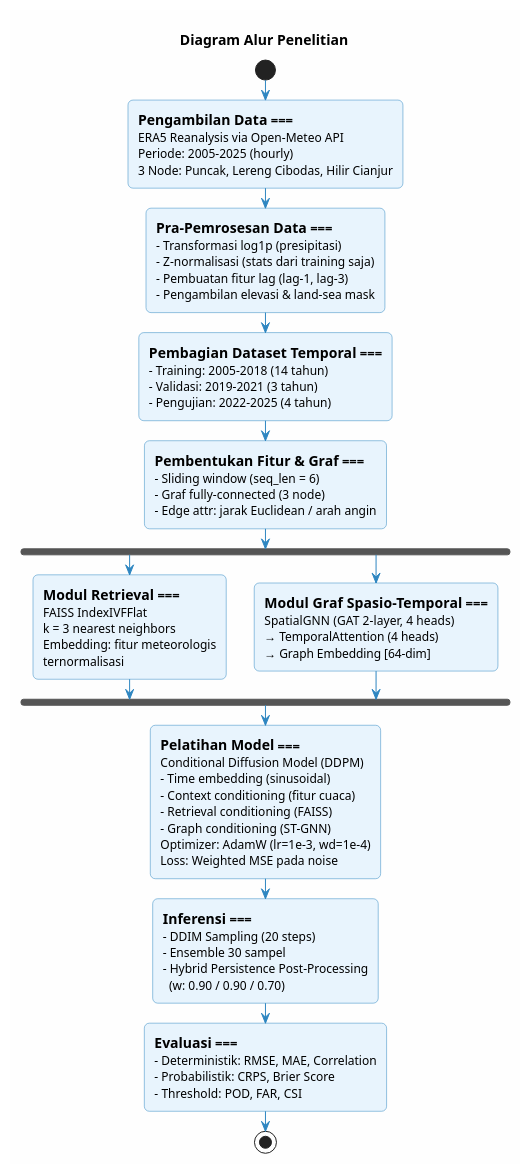
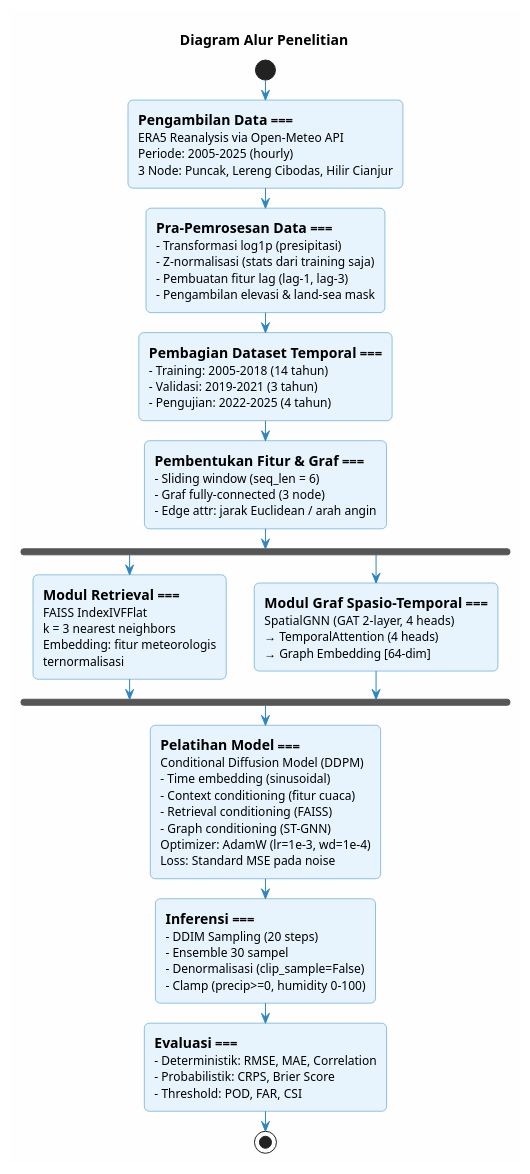
One commit to Vanszs/Skripsi_Badai changed the first of 8 diagrams in docs/diagrams_and_tables.md. Above: the diagram before and after it, drawn with PlantUML. The commit also changed other lines of this file and 82 other files, not shown here.

````diff
--- a/docs/diagrams_and_tables.md
+++ b/docs/diagrams_and_tables.md
@@ -13,71 +13,71 @@
 ```plantuml
 @startuml
 skinparam backgroundColor #FEFEFE
 skinparam shadowing false
 skinparam roundCorner 10
 skinparam defaultFontName Arial
 skinparam ActivityBackgroundColor #E8F4FD
 skinparam ActivityBorderColor #2E86C1
 skinparam ArrowColor #2E86C1
 
 title Diagram Alur Penelitian
 
 start
 
 :=== **Pengambilan Data** ===
 ERA5 Reanalysis via Open-Meteo API
 Periode: 2005–2025 (hourly)
 3 Node: Puncak, Lereng Cibodas, Hilir Cianjur;
 
 :=== **Pra-Pemrosesan Data** ===
 - Transformasi log1p (presipitasi)
 - Z-normalisasi (stats dari training saja)
 - Pembuatan fitur lag (lag-1, lag-3)
 - Pengambilan elevasi & land-sea mask;
 
 :=== **Pembagian Dataset Temporal** ===
 - Training: 2005–2018 (14 tahun)
 - Validasi: 2019–2021 (3 tahun)
 - Pengujian: 2022–2025 (4 tahun);
 
 :=== **Pembentukan Fitur & Graf** ===
 - Sliding window (seq_len = 6)
 - Graf fully-connected (3 node)
 - Edge attr: jarak Euclidean / arah angin;
 
 fork
   :=== **Modul Retrieval** ===
   FAISS IndexIVFFlat
   k = 3 nearest neighbors
   Embedding: fitur meteorologis
   ternormalisasi;
 fork again
   :=== **Modul Graf Spasio-Temporal** ===
   SpatialGNN (GAT 2-layer, 4 heads)
   → TemporalAttention (4 heads)
   → Graph Embedding [64-dim];
 end fork
 
 :=== **Pelatihan Model** ===
 Conditional Diffusion Model (DDPM)
 - Time embedding (sinusoidal)
 - Context conditioning (fitur cuaca)
 - Retrieval conditioning (FAISS)
 - Graph conditioning (ST-GNN)
 Optimizer: AdamW (lr=1e-3, wd=1e-4)
-Loss: Weighted MSE pada noise;
+Loss: Standard MSE pada noise;
 
 :=== **Inferensi** ===
 - DDIM Sampling (20 steps)
 - Ensemble 30 sampel
-- Hybrid Persistence Post-Processing
-  (w: 0.90 / 0.90 / 0.70);
+- Denormalisasi (clip_sample=False)
+- Clamp (precip>=0, humidity 0-100);
 
 :=== **Evaluasi** ===
 - Deterministik: RMSE, MAE, Correlation
 - Probabilistik: CRPS, Brier Score
 - Threshold: POD, FAR, CSI;
 
 stop
 @enduml
 ```
````
